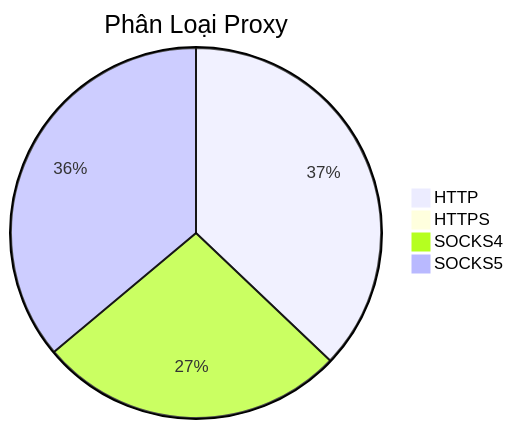
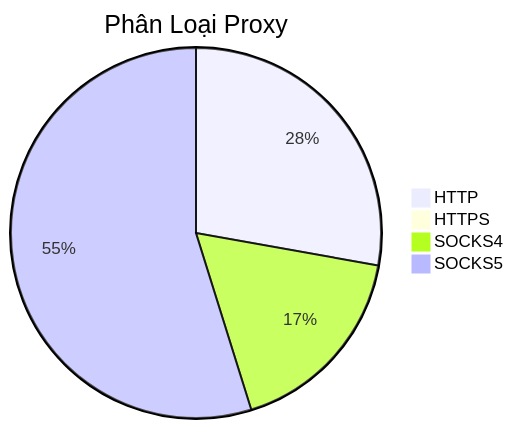
The diagram in README.md (Ciara-12/PROXY-free), drawn with Mermaid before and after one commit. The commit also changed other lines of this file and 3 other files, not shown here.

````diff
--- a/README.md
+++ b/README.md
@@ -26,7 +26,7 @@
 ```mermaid
 pie title Phân Loại Proxy
     "HTTP" : 591
     "HTTPS" : 0
-    "SOCKS4" : 427
-    "SOCKS5" : 575
+    "SOCKS4" : 369
+    "SOCKS5" : 1165
 ```
````
